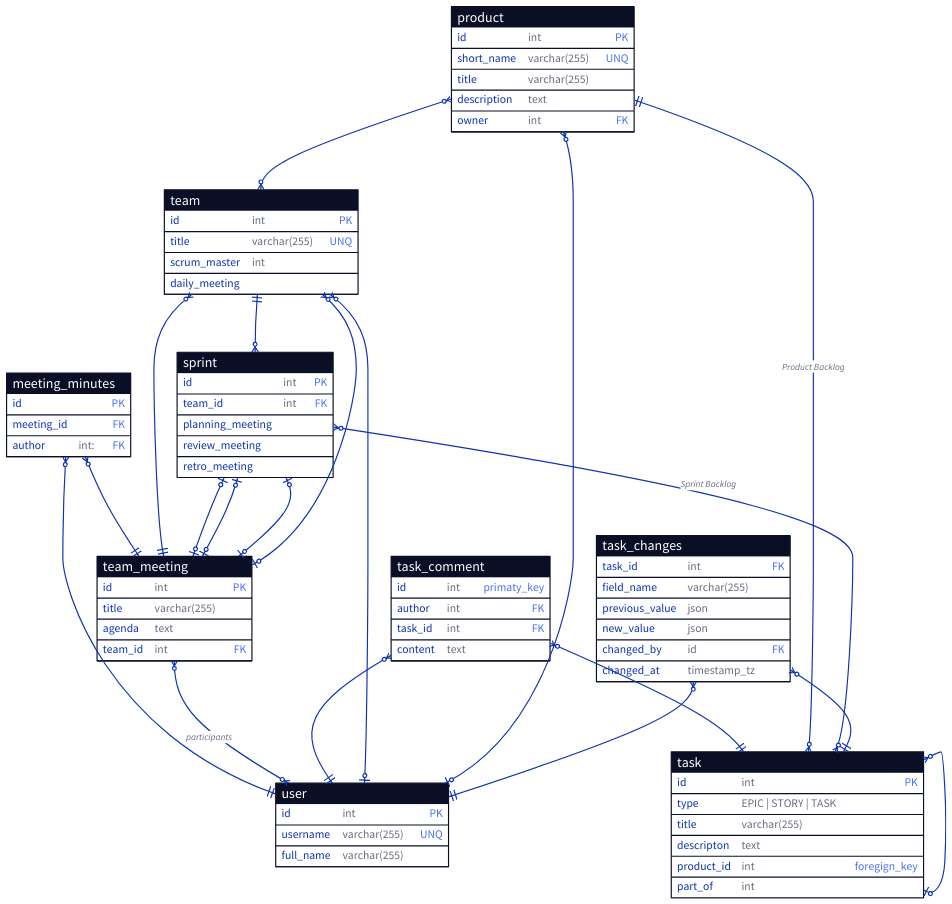
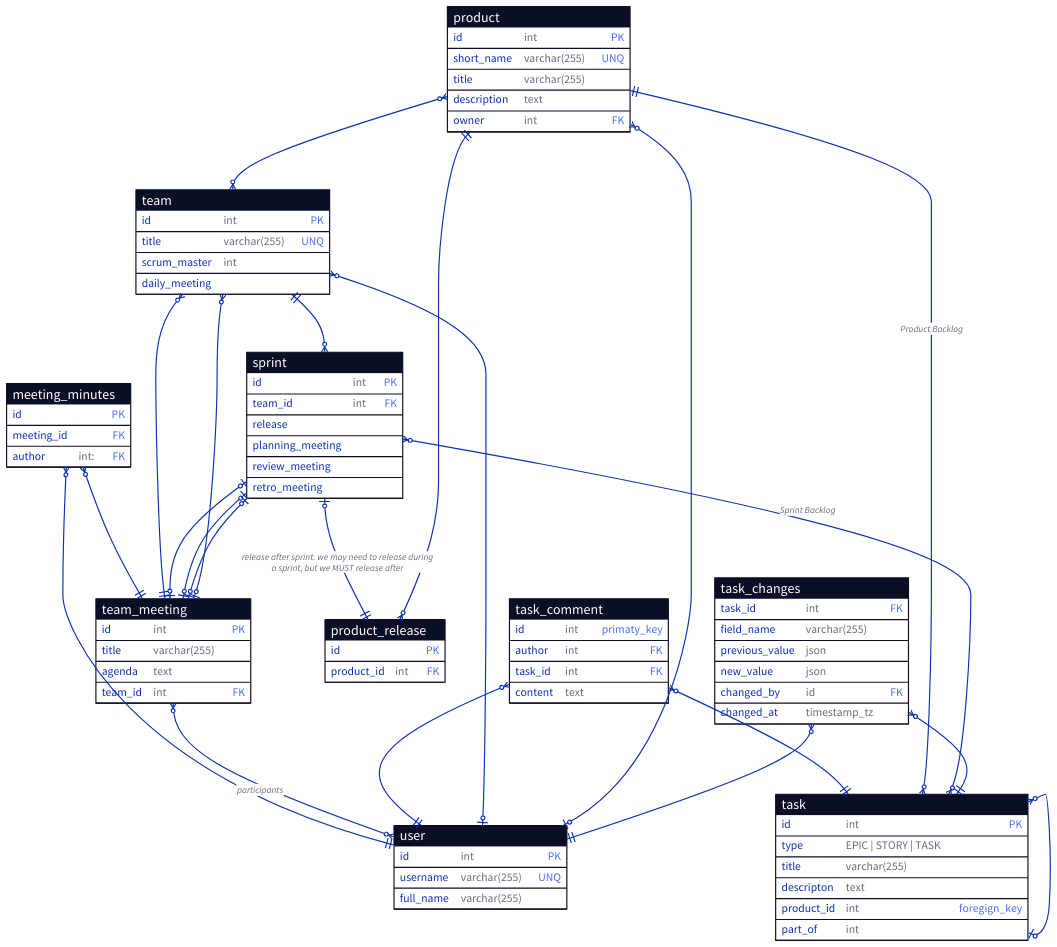
Before and after one commit to forafox/Zadachnik: the diagram in docs/infological.d2, drawn with D2.

Commit message:
add product releases

```diff
--- a/docs/infological.d2
+++ b/docs/infological.d2
@@ -1,4 +1,3 @@
-
 product: {
   shape: sql_table
   id: int {constraint: primary_key}
@@ -49,6 +48,31 @@
   id: {constraint: primary_key}
   meeting_id: {constraint: foreign_key}
   author: int: {constraint: foreign_key}
+}
+
+product_release: {
+  shape: sql_table
+  id: {constraint: primary_key}
+  product_id: int {constraint: foreign_key}
+}
+
+sprint.release <-> product_release: {
+  source-arrowhead: {
+    shape: cf-one
+  }
+  target-arrowhead: {
+    shape: cf-one-required
+  }
+  label: "release after sprint. we may need to release during\na sprint, but we MUST release after"
+}
+
+product_release.product_id <-> product: {
+  source-arrowhead: {
+    shape: cf-many
+  }
+  target-arrowhead: {
+    shape: cf-one-required
+  }
 }
 
 meeting_minutes.meeting_id <-> team_meeting: {
```
